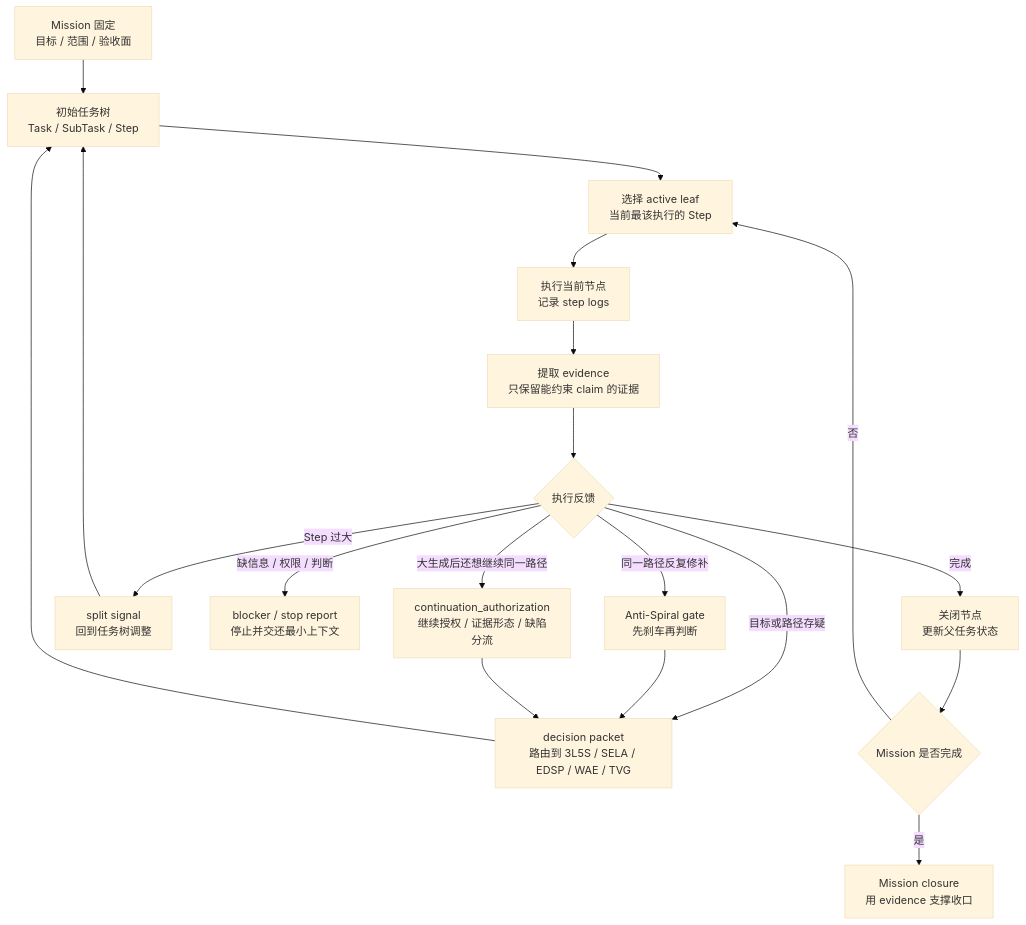
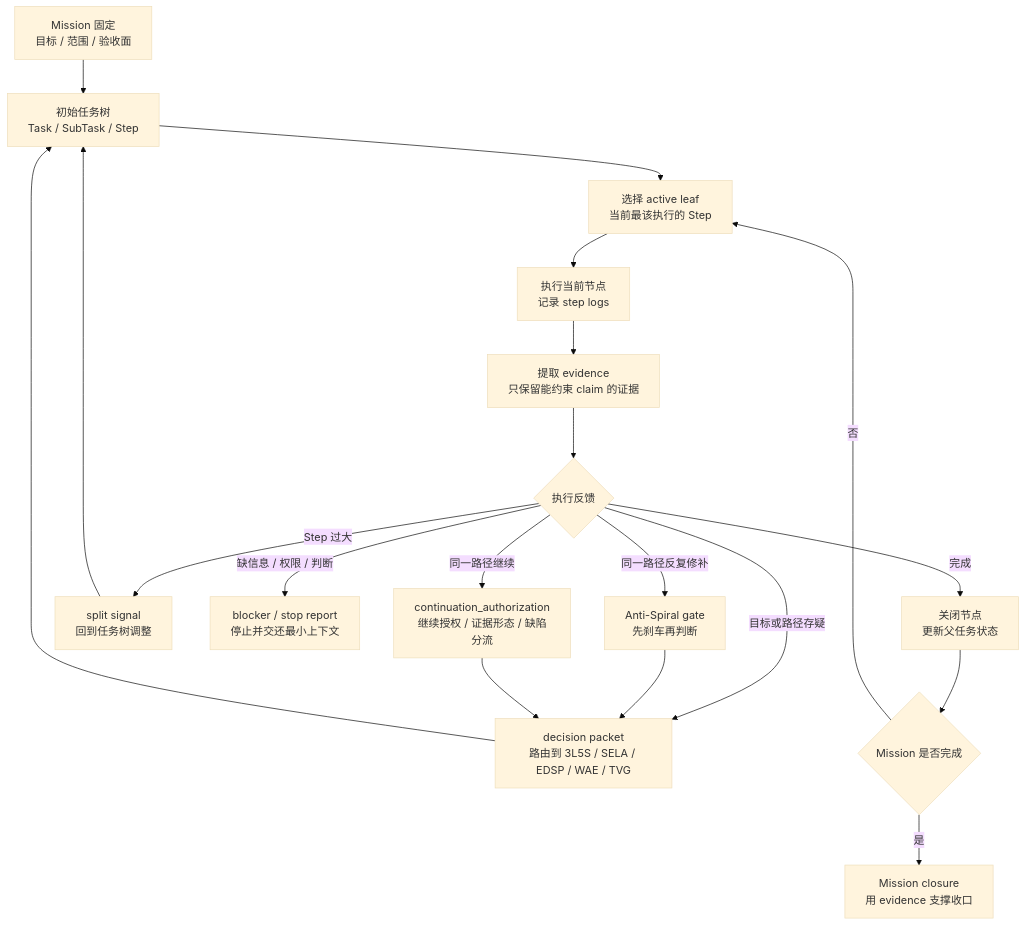
One commit to rv198-star/Mindthus changed the diagram in docs/methodologies/tplan.md. Above: the diagram before and after it, drawn with Mermaid (base theme). The commit also changed other lines of this file and 6 other files, not shown here.

Commit message:
Generalize continuation authorization triggers

````diff
--- a/docs/methodologies/tplan.md
+++ b/docs/methodologies/tplan.md
@@ -137,23 +137,23 @@
 ```mermaid
 flowchart TD
   A["Mission 固定<br/>目标 / 范围 / 验收面"] --> B["初始任务树<br/>Task / SubTask / Step"]
   B --> C["选择 active leaf<br/>当前最该执行的 Step"]
   C --> D["执行当前节点<br/>记录 step logs"]
   D --> E["提取 evidence<br/>只保留能约束 claim 的证据"]
 
   E --> F{"执行反馈"}
   F -->|"完成"| G["关闭节点<br/>更新父任务状态"]
   F -->|"Step 过大"| H["split signal<br/>回到任务树调整"]
   F -->|"缺信息 / 权限 / 判断"| I["blocker / stop report<br/>停止并交还最小上下文"]
   F -->|"目标或路径存疑"| J["decision packet<br/>路由到 3L5S / SELA / EDSP / WAE / TVG"]
   F -->|"同一路径反复修补"| K["Anti-Spiral gate<br/>先刹车再判断"]
-  F -->|"大生成后还想继续同一路径"| N["continuation_authorization<br/>继续授权 / 证据形态 / 缺陷分流"]
+  F -->|"同一路径继续"| N["continuation_authorization<br/>继续授权 / 证据形态 / 缺陷分流"]
 
   H --> B
   J --> B
   K --> J
   N --> J
   G --> L{"Mission 是否完成"}
   L -->|"否"| C
   L -->|"是"| M["Mission closure<br/>用 evidence 支撑收口"]
 ```
````
